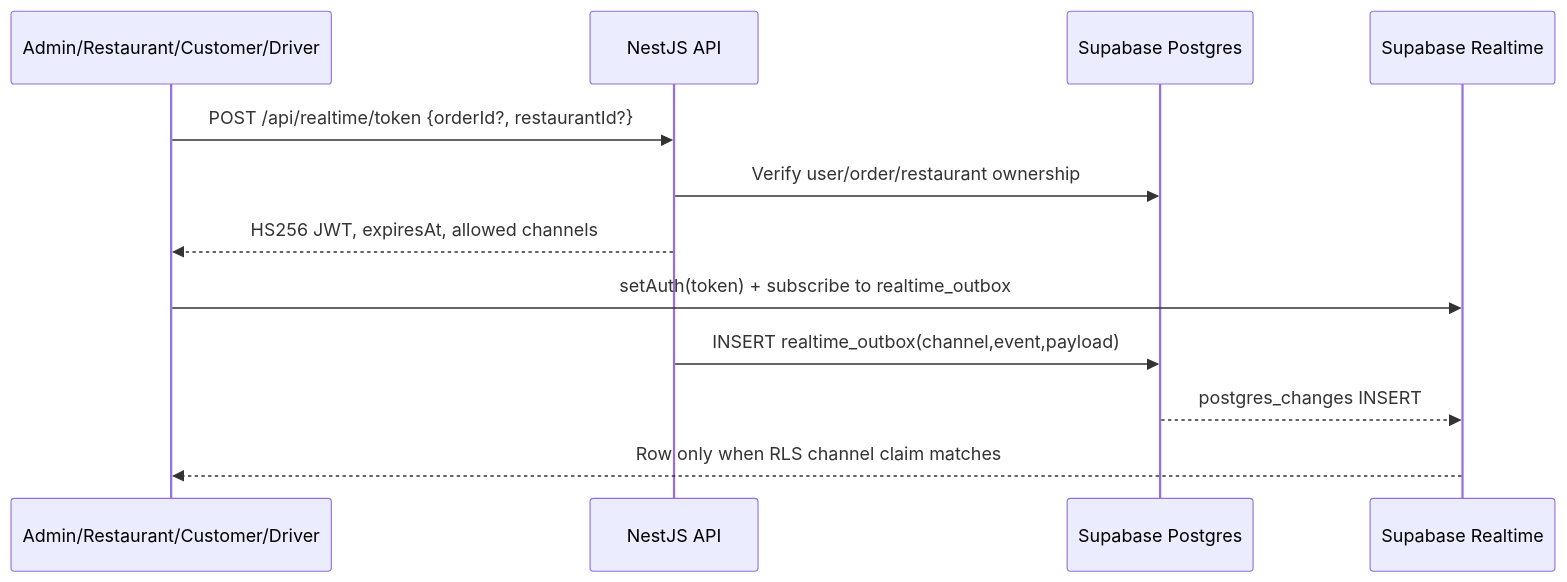
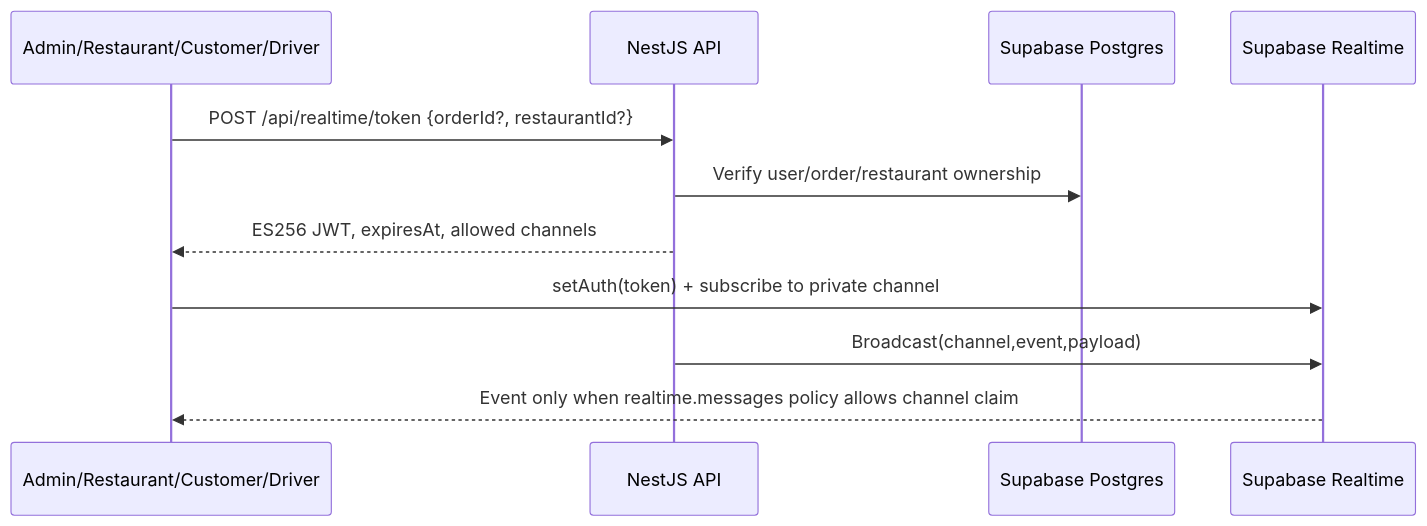
One commit to JasonTM17/FoodDelivery_App changed the third of 4 diagrams in docs/system-architecture.md. Above: the diagram before and after it, drawn with Mermaid. The commit also changed other lines of this file and 35 other files, not shown here.

````diff
--- a/docs/system-architecture.md
+++ b/docs/system-architecture.md
@@ -81,15 +84,14 @@
 ```mermaid
 sequenceDiagram
     participant Client as Admin/Restaurant/Customer/Driver
     participant API as NestJS API
     participant DB as Supabase Postgres
     participant RT as Supabase Realtime
 
     Client->>API: POST /api/realtime/token {orderId?, restaurantId?}
     API->>DB: Verify user/order/restaurant ownership
-    API-->>Client: HS256 JWT, expiresAt, allowed channels
-    Client->>RT: setAuth(token) + subscribe to realtime_outbox
-    API->>DB: INSERT realtime_outbox(channel,event,payload)
-    DB-->>RT: postgres_changes INSERT
-    RT-->>Client: Row only when RLS channel claim matches
+    API-->>Client: ES256 JWT, expiresAt, allowed channels
+    Client->>RT: setAuth(token) + subscribe to private channel
+    API->>RT: Broadcast(channel,event,payload)
+    RT-->>Client: Event only when realtime.messages policy allows channel claim
 ```
````
